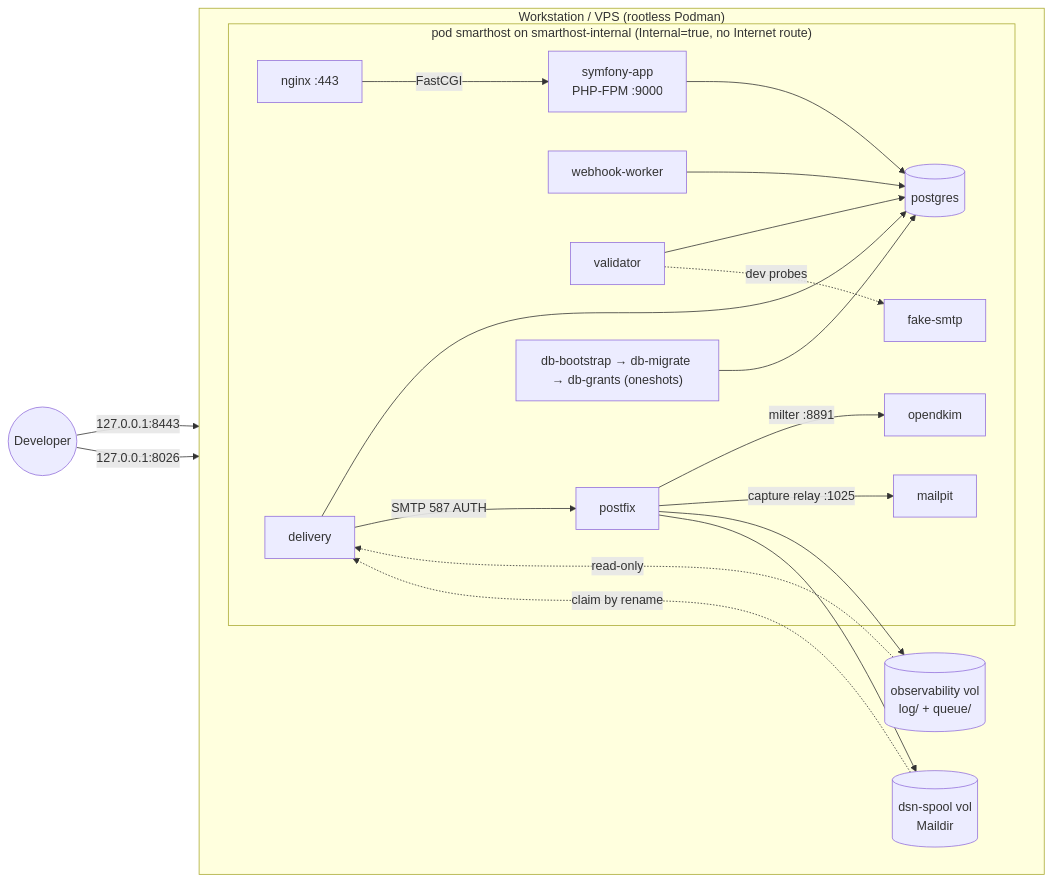
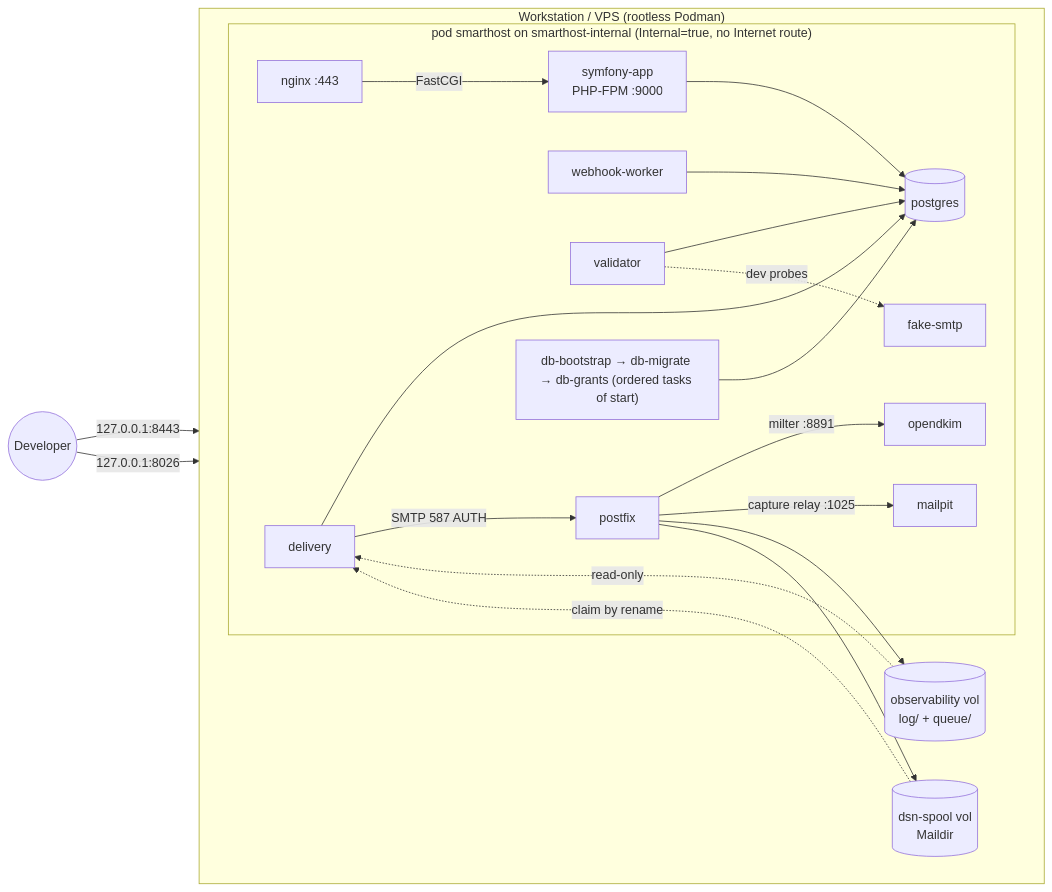
One commit to rrcatto/catto-mail changed the first of 7 diagrams in docs/PROJECT.md. Above: the diagram before and after it, drawn with Mermaid. The commit also changed other lines of this file and 115 other files, not shown here.

````diff
--- a/docs/PROJECT.md
+++ b/docs/PROJECT.md
@@ -296,26 +290,26 @@
 ```mermaid
 flowchart LR
     subgraph host["Workstation / VPS (rootless Podman)"]
         direction LR
         subgraph net["pod smarthost on smarthost-internal (Internal=true, no Internet route)"]
             nginx["nginx :443"] -- FastCGI --> fpm["symfony-app<br/>PHP-FPM :9000"]
             fpm --> pg[(postgres)]
             ww["webhook-worker"] --> pg
             val["validator"] --> pg
             del["delivery"] --> pg
             del -- "SMTP 587 AUTH" --> pf["postfix"]
             pf -- "milter :8891" --> dk["opendkim"]
             pf -- "capture relay :1025" --> mp["mailpit"]
             val -. "dev probes" .-> fs["fake-smtp"]
-            boot["db-bootstrap → db-migrate → db-grants (oneshots)"] --> pg
+            boot["db-bootstrap → db-migrate → db-grants (ordered tasks of start)"] --> pg
         end
         obs[("observability vol<br/>log/ + queue/")]
         spool[("dsn-spool vol<br/>Maildir")]
         pf --> obs
         pf --> spool
         obs -. "read-only" .-> del
         spool -. "claim by rename" .-> del
     end
     user((Developer)) -- "127.0.0.1:8443" --> nginx
     user -- "127.0.0.1:8026" --> mp
 ```
````
